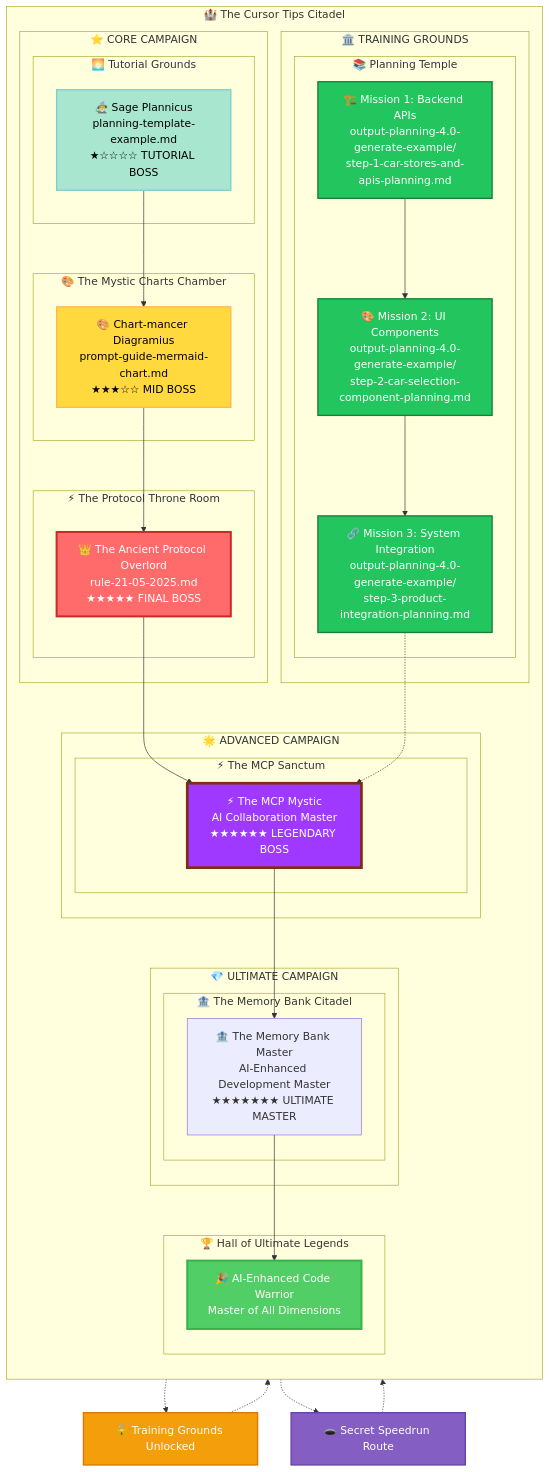
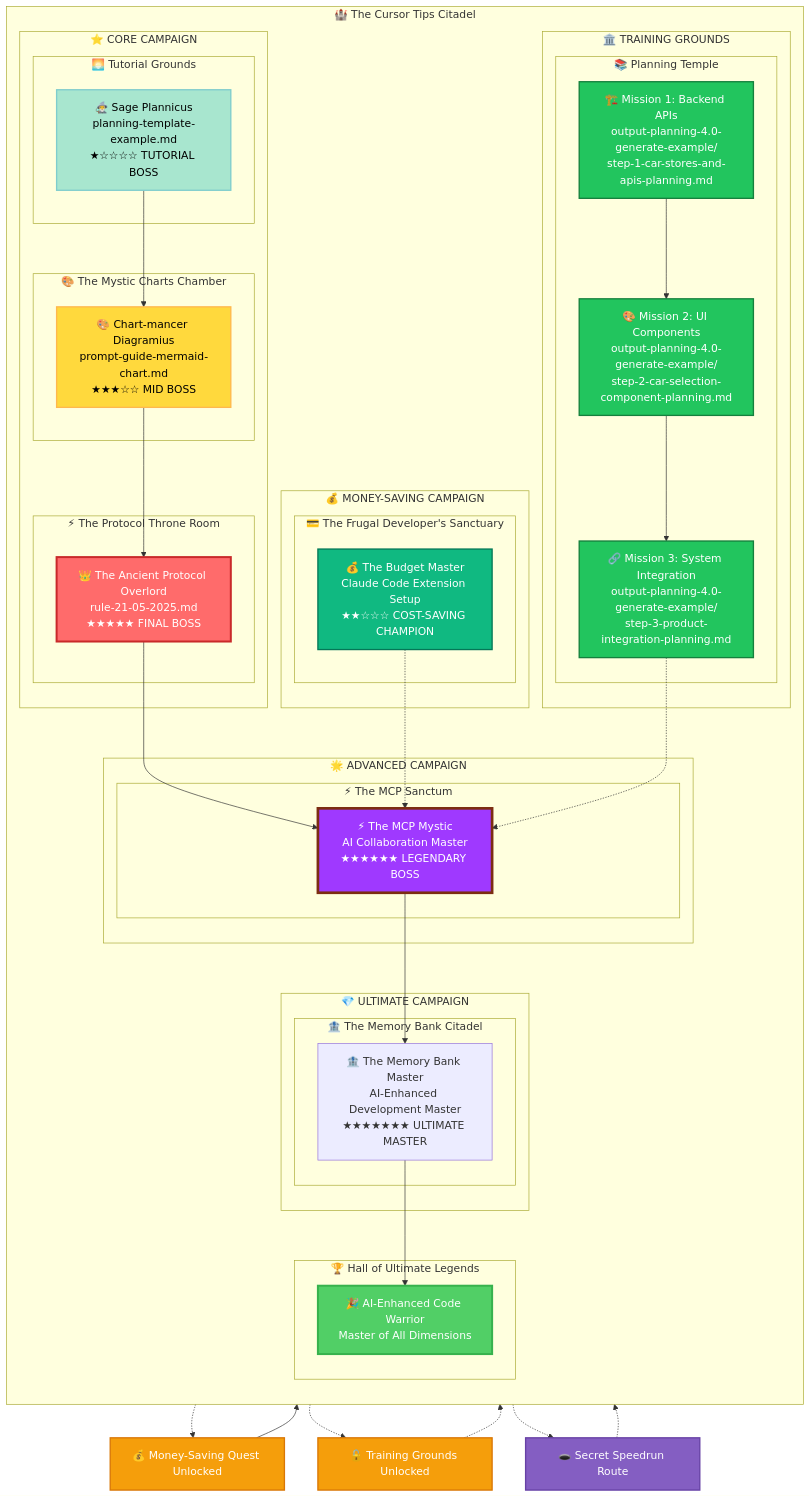
The second of 11 diagrams in README-GAME-STYLE.md (giang6283623/cursor-tip), drawn with Mermaid before and after one commit. The commit also changed other lines of this file and 5 other files, not shown here.

First line of the commit message:
Enhance README files with new money-saving strategies and quests

````diff
--- a/README-GAME-STYLE.md
+++ b/README-GAME-STYLE.md
@@ -122,6 +122,12 @@
             end
         end
 
+        subgraph "💰 MONEY-SAVING CAMPAIGN"
+            subgraph "💳 The Frugal Developer's Sanctuary"
+                MoneyBoss[💰 The Budget Master<br/>Claude Code Extension Setup<br/>★★☆☆☆ COST-SAVING CHAMPION]
+            end
+        end
+
         subgraph "🏛️ TRAINING GROUNDS"
             subgraph "📚 Planning Temple"
                 Mission1[🏗️ Mission 1: Backend APIs<br/>output-planning-4.0-generate-example/<br/>step-1-car-stores-and-apis-planning.md]
@@ -141,6 +147,10 @@
     MCPBoss --> UltimateBoss
     UltimateBoss --> Victory
 
+    Protocol -.-> MoneyQuest[💰 Money-Saving Quest Unlocked]
+    MoneyQuest --> MoneyBoss
+    MoneyBoss -.-> MCPBoss
+
     Protocol -.-> TrainingUnlock[🔓 Training Grounds Unlocked]
     TrainingUnlock -.-> Mission1
     Mission1 --> Mission2
@@ -158,6 +168,7 @@
     classDef victory fill:#51cf66,stroke:#37b24d,stroke-width:3px,color:#fff
     classDef secret fill:#845ec2,stroke:#6741a5,stroke-width:2px,color:#fff
     classDef unlock fill:#f59e0b,stroke:#d97706,stroke-width:2px,color:#fff
+    classDef money fill:#10b981,stroke:#047857,stroke-width:2px,color:#fff
 
     class Tutorial tutorial
     class Charts intermediate
@@ -166,5 +177,6 @@
     class Mission1,Mission2,Mission3 training
     class Victory victory
     class SecretPath secret
-    class TrainingUnlock unlock
+    class TrainingUnlock,MoneyQuest unlock
+    class MoneyBoss money
 ```
````
